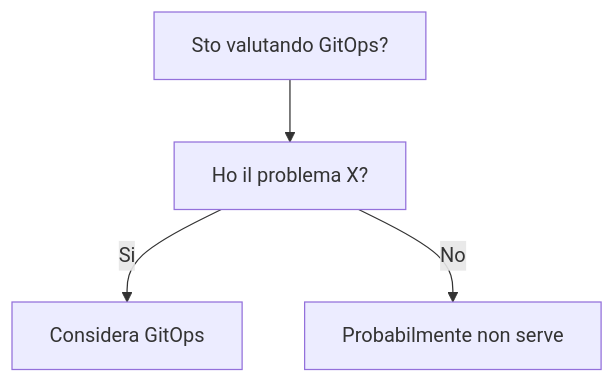
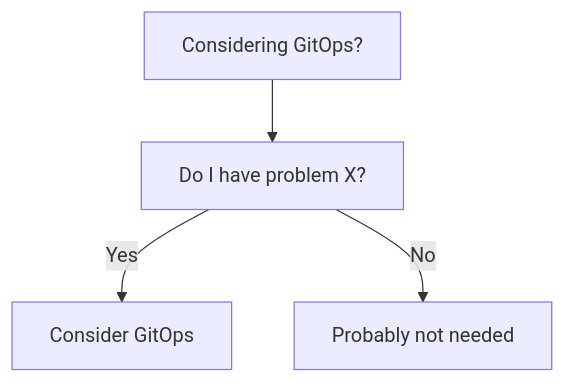
The diagram in dev-wiki/10_DevOps/GitOps/When_To_Use.md (HxT9/Software-Dev-Wiki), drawn with Mermaid before and after one commit. The commit also changed other lines of this file and 3444 other files, not shown here.

````diff
--- a/dev-wiki/10_DevOps/GitOps/When_To_Use.md
+++ b/dev-wiki/10_DevOps/GitOps/When_To_Use.md
@@ -19,6 +19,6 @@
 ```mermaid
 flowchart TD
-  Q[Sto valutando GitOps?] --> Q1[Ho il problema X?]
-  Q1 -->|Si| OK[Considera GitOps]
-  Q1 -->|No| NO[Probabilmente non serve]
+  Q[Considering GitOps?] --> Q1[Do I have problem X?]
+  Q1 -->|Yes| OK[Consider GitOps]
+  Q1 -->|No| NO[Probably not needed]
 ```
````
